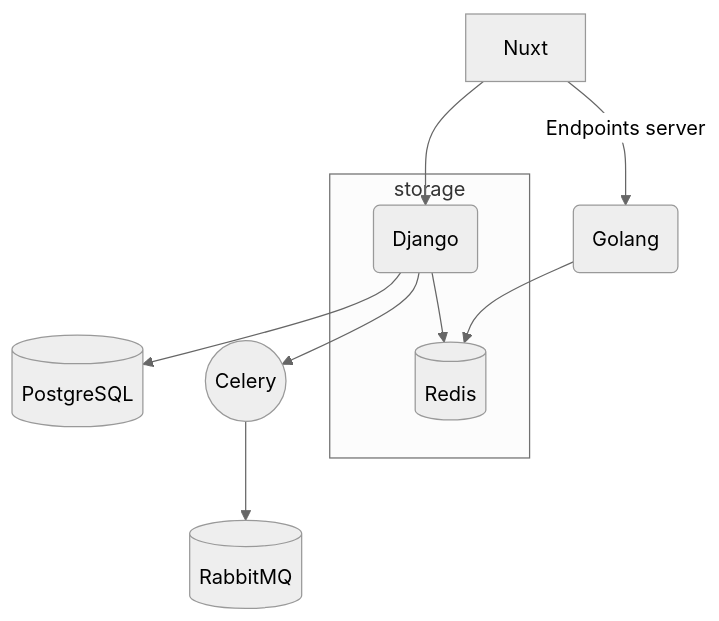
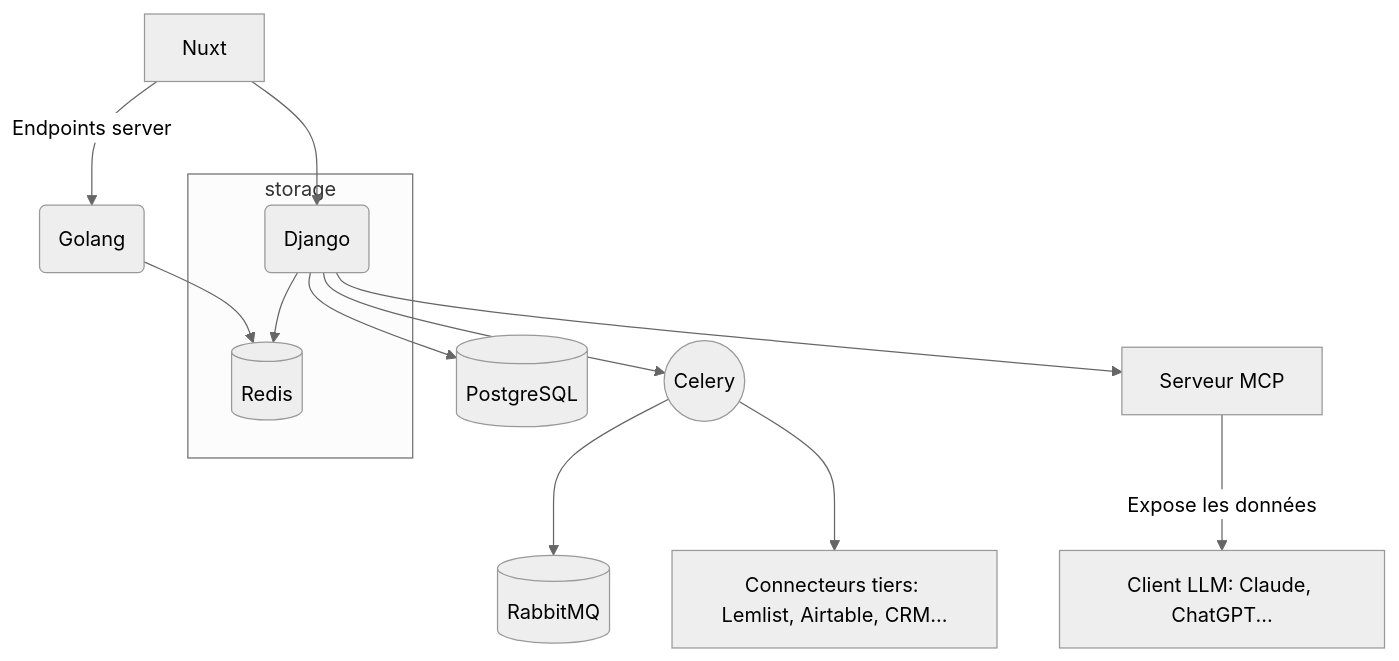
The first of 3 diagrams in docs/ARCHITECTURE.md (Zadigo/mydatabase), drawn with Mermaid (neutral theme) before and after one commit. The commit also changed other lines of this file and 2 other files, not shown here.

````diff
--- a/docs/ARCHITECTURE.md
+++ b/docs/ARCHITECTURE.md
@@ -69,15 +48,19 @@
 ```mermaid
 flowchart
 
 A[Nuxt] --> B(Django)
 B --> C[(PostgreSQL)]
 B --> F((Celery))
 F --> G[(RabbitMQ)]
+F --> I[Connecteurs tiers: Lemlist, Airtable, CRM...]
 
 subgraph storage
 B --> D[(Redis)]
 end
 
 A --> |Endpoints server|H(Golang)
 H --> D
+
+B --> M[Serveur MCP]
+M --> |Expose les données|L[Client LLM: Claude, ChatGPT...]
 ```
````
